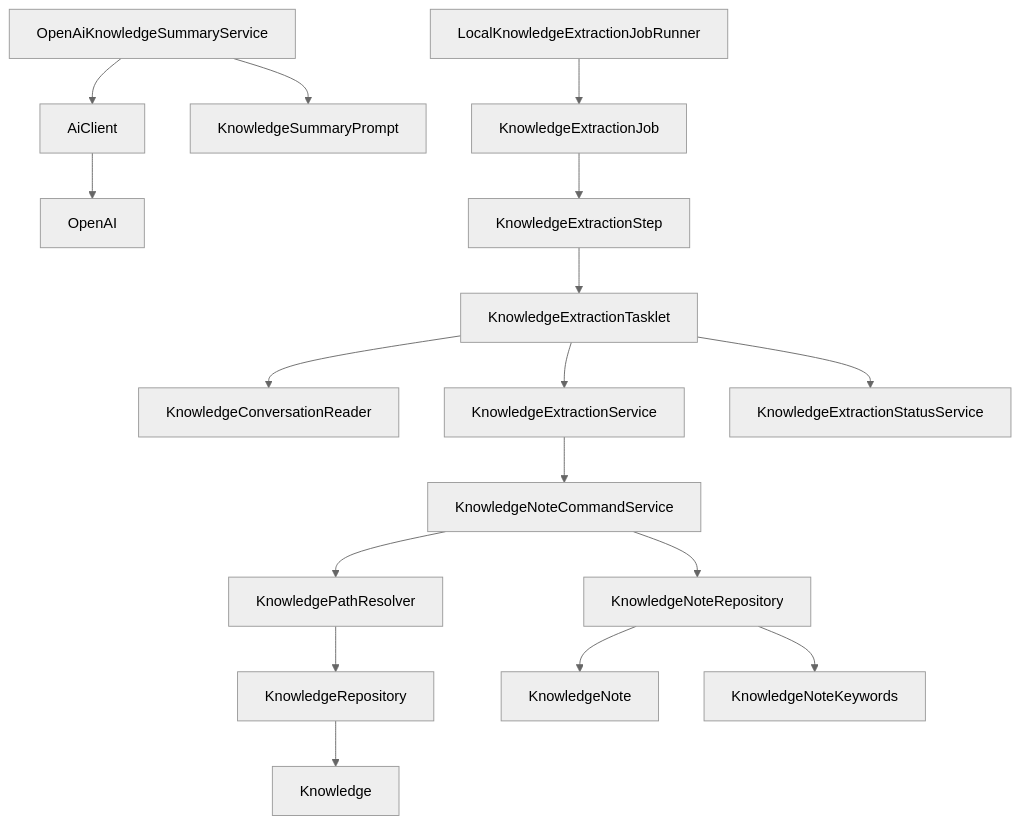
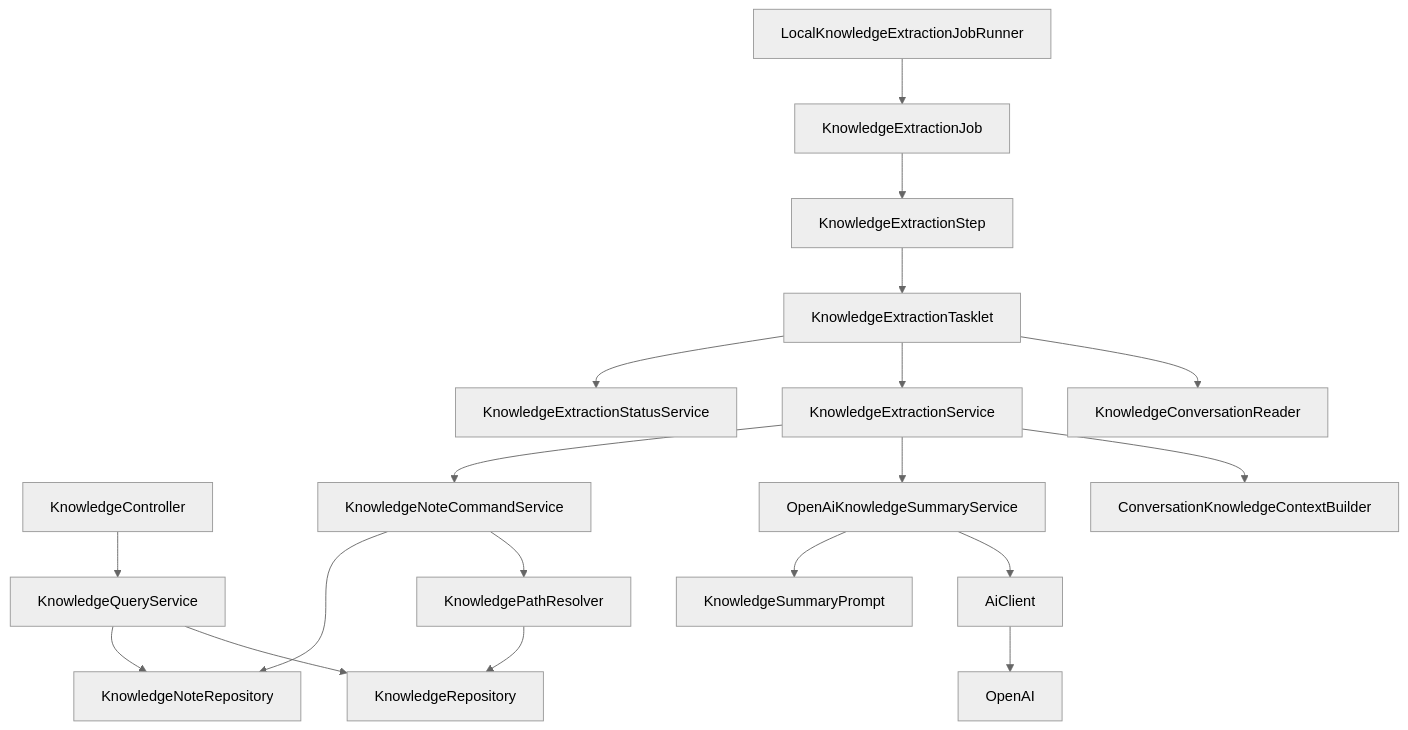
One commit to keunoh/feldbuch changed the fourth of 5 diagrams in docs/FELDBUCH_DEVELOPMENT_DOCUMENTATION.md. Above: the diagram before and after it, drawn with Mermaid (neutral theme). The commit also changed other lines of this file and 1 other file, not shown here.

````diff
--- a/docs/FELDBUCH_DEVELOPMENT_DOCUMENTATION.md
+++ b/docs/FELDBUCH_DEVELOPMENT_DOCUMENTATION.md
@@ -456,22 +205,24 @@
 ```mermaid
 flowchart TD
+    KnowledgeController --> KnowledgeQueryService
+    KnowledgeQueryService --> KnowledgeRepository
+    KnowledgeQueryService --> KnowledgeNoteRepository
+
     OpenAiKnowledgeSummaryService --> AiClient
     OpenAiKnowledgeSummaryService --> KnowledgeSummaryPrompt
     AiClient --> OpenAI
 
     KnowledgeNoteCommandService --> KnowledgePathResolver
+    KnowledgePathResolver --> KnowledgeRepository
     KnowledgeNoteCommandService --> KnowledgeNoteRepository
-    KnowledgePathResolver --> KnowledgeRepository
-
-    KnowledgeRepository --> Knowledge
-    KnowledgeNoteRepository --> KnowledgeNote
-    KnowledgeNoteRepository --> KnowledgeNoteKeywords
 
     LocalKnowledgeExtractionJobRunner --> KnowledgeExtractionJob
     KnowledgeExtractionJob --> KnowledgeExtractionStep
     KnowledgeExtractionStep --> KnowledgeExtractionTasklet
     KnowledgeExtractionTasklet --> KnowledgeConversationReader
     KnowledgeExtractionTasklet --> KnowledgeExtractionService
     KnowledgeExtractionTasklet --> KnowledgeExtractionStatusService
+    KnowledgeExtractionService --> ConversationKnowledgeContextBuilder
+    KnowledgeExtractionService --> OpenAiKnowledgeSummaryService
     KnowledgeExtractionService --> KnowledgeNoteCommandService
 ```
````
